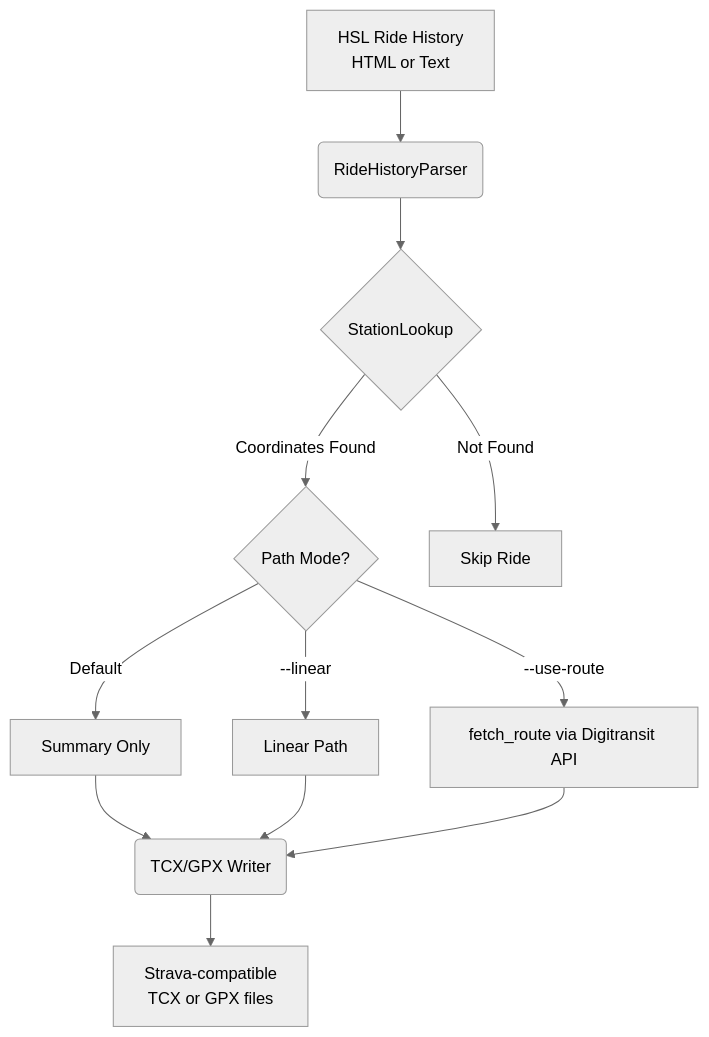
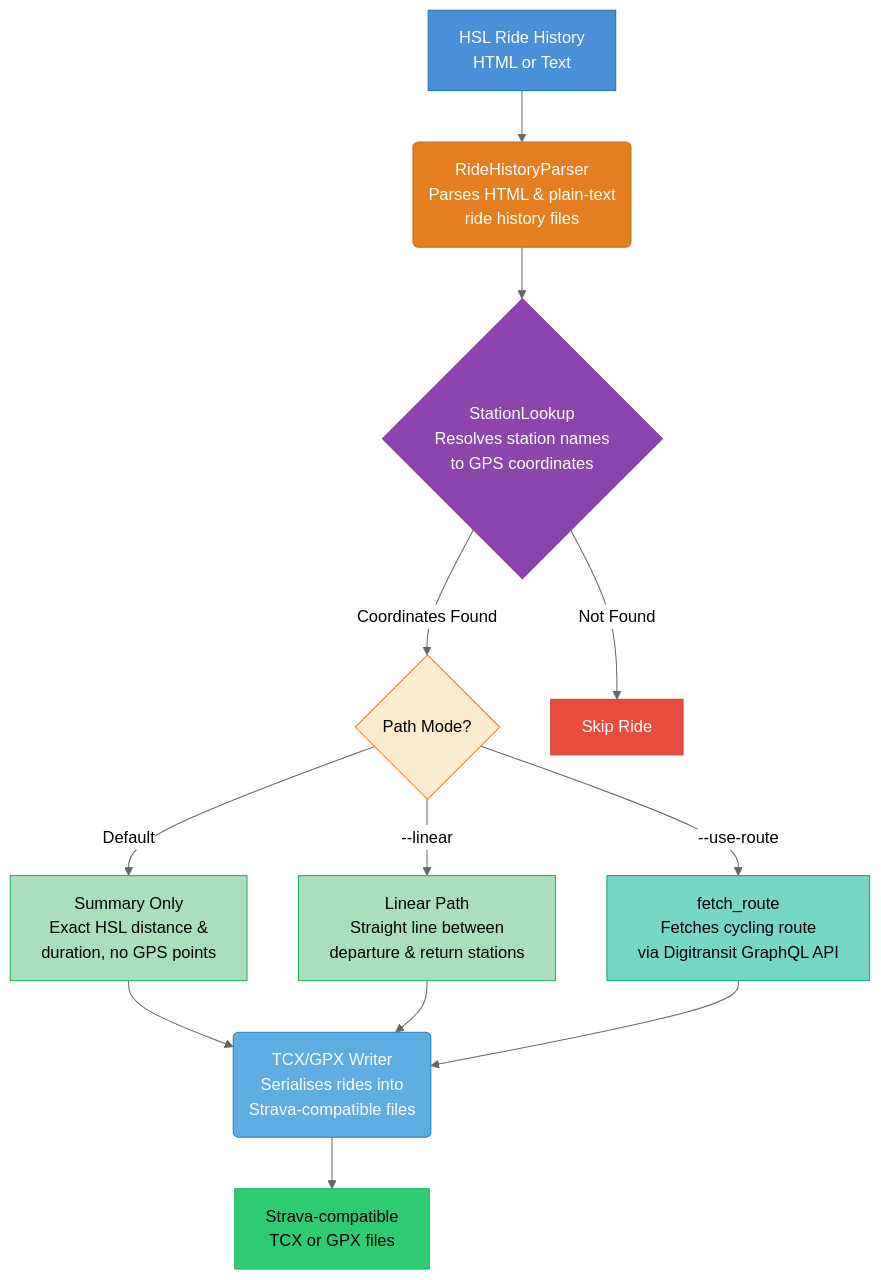
Before and after one commit to nikosavola/hsl-kaupunkipyora-exporter: the diagram in README.md, drawn with Mermaid (neutral theme).

Commit message:
Enhance Mermaid flowchart with colors and node descriptions
Add classDef colour coding to distinguish input, parser, lookup, path,
API, writer, and output node types. Add brief descriptions to Python
class nodes (RideHistoryParser, StationLookup, TCX/GPX Writer) and to
the three path-mode nodes so the diagram is self-explanatory.

https://claude.ai/code/session_01MfjouTPwuj6TxKS8epn2yK

````diff
--- a/README.md
+++ b/README.md
@@ -87,17 +87,27 @@
 ```mermaid
 graph TD
-    A[HSL Ride History<br/>HTML or Text] --> B(RideHistoryParser)
-    B --> C{StationLookup}
-    C -- Coordinates Found --> D{Path Mode?}
-    C -- Not Found --> E[Skip Ride]
+    classDef input fill:#4A90D9,stroke:#2171B5,color:#fff
+    classDef parser fill:#E67E22,stroke:#CA6F1E,color:#fff
+    classDef lookup fill:#8E44AD,stroke:#7D3C98,color:#fff
+    classDef decision fill:#FDEBD0,stroke:#E67E22,color:#000
+    classDef skip fill:#E74C3C,stroke:#CB4335,color:#fff
+    classDef pathNode fill:#A9DFBF,stroke:#27AE60,color:#000
+    classDef api fill:#76D7C4,stroke:#16A085,color:#000
+    classDef writer fill:#5DADE2,stroke:#2980B9,color:#fff
+    classDef output fill:#2ECC71,stroke:#27AE60,color:#000
 
-    D -- Default --> F[Summary Only]
-    D -- "--linear" --> G[Linear Path]
-    D -- "--use-route" --> H[fetch_route via Digitransit API]
+    A[HSL Ride History<br/>HTML or Text]:::input --> B(RideHistoryParser<br/>Parses HTML & plain-text<br/>ride history files):::parser
+    B --> C{StationLookup<br/>Resolves station names<br/>to GPS coordinates}:::lookup
+    C -- Coordinates Found --> D{Path Mode?}:::decision
+    C -- Not Found --> E[Skip Ride]:::skip
 
-    F --> I(TCX/GPX Writer)
+    D -- Default --> F[Summary Only<br/>Exact HSL distance &<br/>duration, no GPS points]:::pathNode
+    D -- "--linear" --> G[Linear Path<br/>Straight line between<br/>departure & return stations]:::pathNode
+    D -- "--use-route" --> H[fetch_route<br/>Fetches cycling route<br/>via Digitransit GraphQL API]:::api
+
+    F --> I(TCX/GPX Writer<br/>Serialises rides into<br/>Strava-compatible files):::writer
     G --> I
     H --> I
 
-    I --> J[Strava-compatible<br/>TCX or GPX files]
+    I --> J[Strava-compatible<br/>TCX or GPX files]:::output
 ```
````
